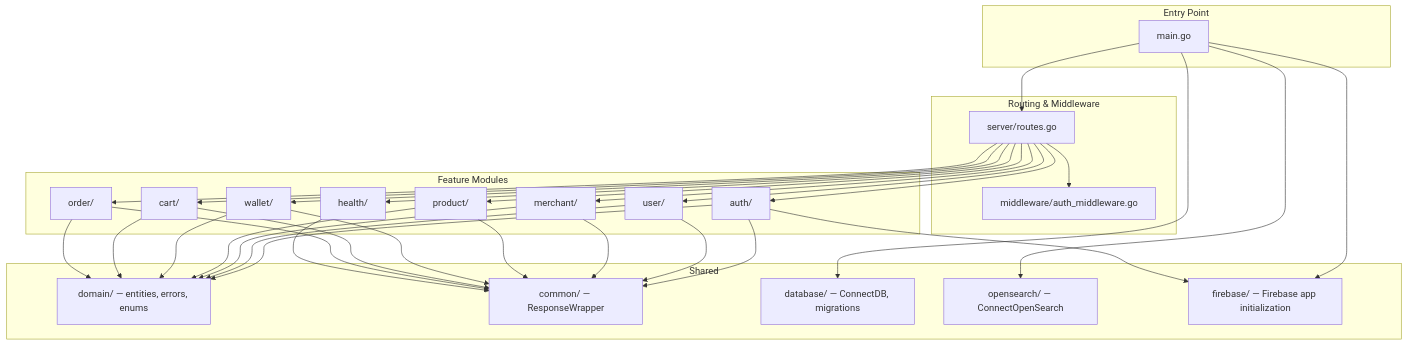
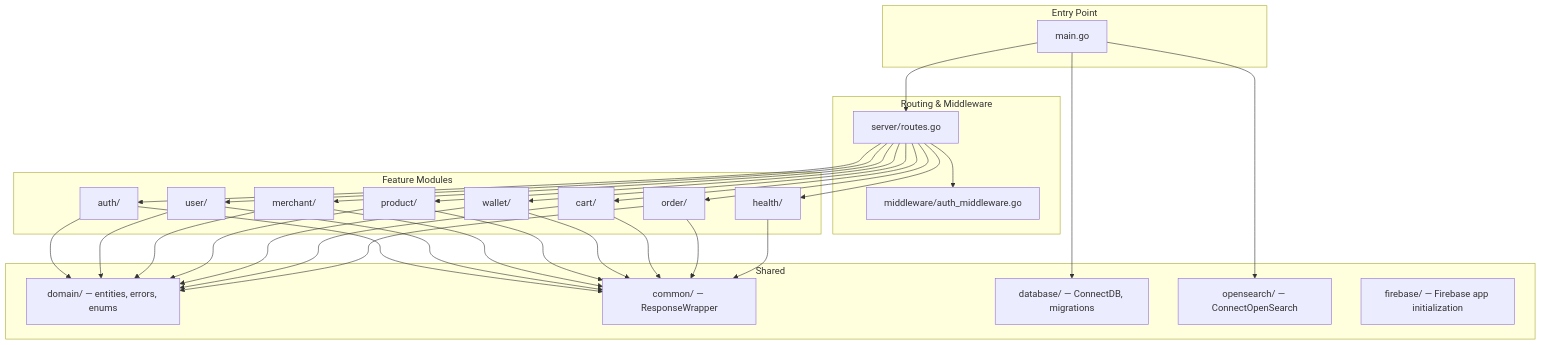
One commit to denden-dr/go-marketplace changed the first of 2 diagrams in docs/details.md. Above: the diagram before and after it, drawn with Mermaid. The commit also changed other lines of this file and 5 other files, not shown here.

````diff
--- a/docs/details.md
+++ b/docs/details.md
@@ -71,38 +71,37 @@
 ```mermaid
 graph TD
     subgraph "Entry Point"
         MAIN["main.go"]
     end
 
     subgraph "Routing & Middleware"
         ROUTER["server/routes.go"]
         MW["middleware/auth_middleware.go"]
     end
 
     subgraph "Feature Modules"
         AUTH["auth/"]
         USER["user/"]
         MERCH["merchant/"]
         PROD["product/"]
         WALLET["wallet/"]
         CART["cart/"]
         ORDER["order/"]
         HEALTH["health/"]
     end
 
     subgraph "Shared"
         DOMAIN["domain/ — entities, errors, enums"]
         COMMON["common/ — ResponseWrapper"]
         DB["database/ — ConnectDB, migrations"]
         OS["opensearch/ — ConnectOpenSearch"]
         FB["firebase/ — Firebase app initialization"]
     end
 
     MAIN --> ROUTER
     ROUTER --> MW
     ROUTER --> AUTH & USER & MERCH & PROD & WALLET & CART & ORDER & HEALTH
     AUTH & USER & MERCH & PROD & WALLET & CART & ORDER --> DOMAIN
     AUTH & USER & MERCH & PROD & WALLET & CART & ORDER & HEALTH --> COMMON
-    MAIN --> DB & OS & FB
-    AUTH --> FB
+    MAIN --> DB & OS
 ```
````
